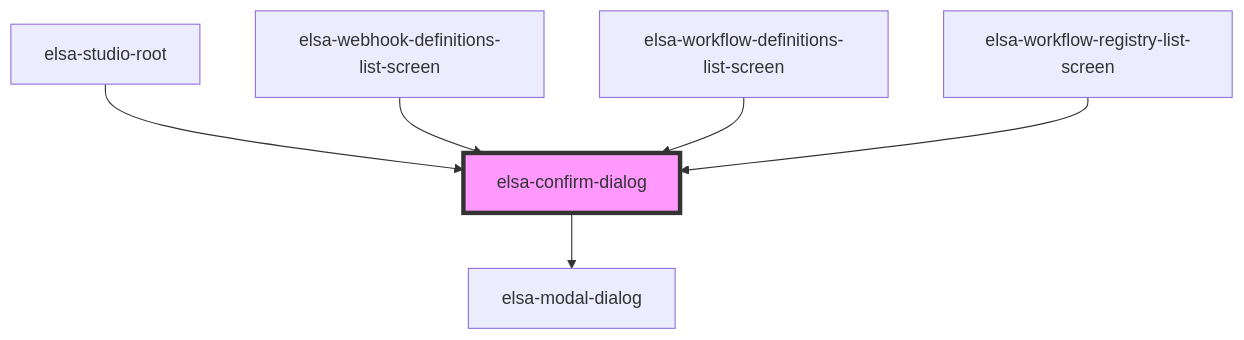
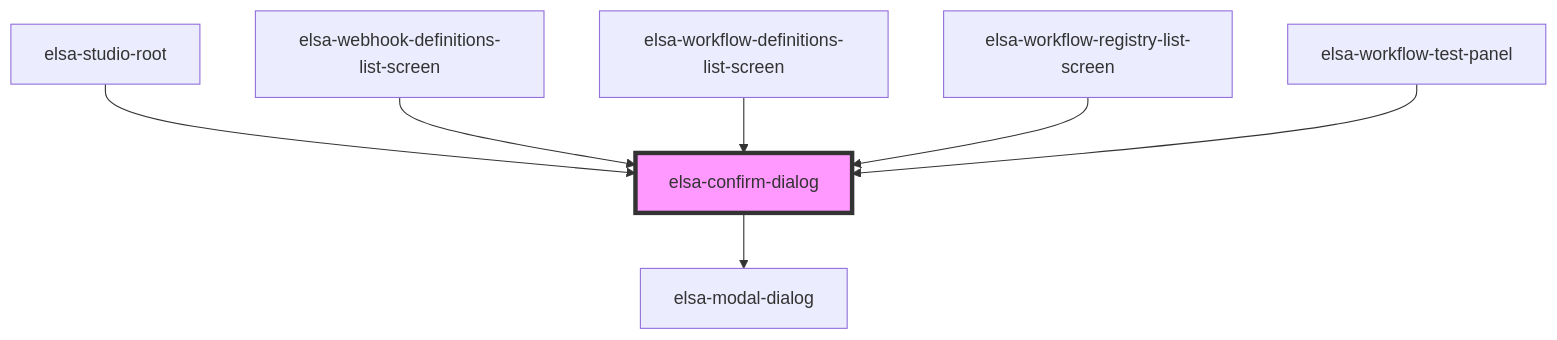
The diagram in src/designer/elsa-workflows-studio/src/components/shared/elsa-confirm-dialog/readme.md (elsa-workflows/elsa-core), drawn with Mermaid before and after one commit. The commit also changed other lines of this file and 6 other files, not shown here.

````diff
--- a/src/designer/elsa-workflows-studio/src/components/shared/elsa-confirm-dialog/readme.md
+++ b/src/designer/elsa-workflows-studio/src/components/shared/elsa-confirm-dialog/readme.md
@@ -52,9 +53,10 @@
 ```mermaid
 graph TD;
   elsa-confirm-dialog --> elsa-modal-dialog
   elsa-studio-root --> elsa-confirm-dialog
   elsa-webhook-definitions-list-screen --> elsa-confirm-dialog
   elsa-workflow-definitions-list-screen --> elsa-confirm-dialog
   elsa-workflow-registry-list-screen --> elsa-confirm-dialog
+  elsa-workflow-test-panel --> elsa-confirm-dialog
   style elsa-confirm-dialog fill:#f9f,stroke:#333,stroke-width:4px
 ```
````
